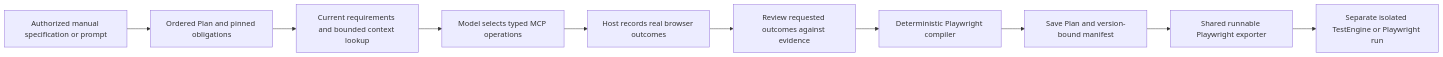
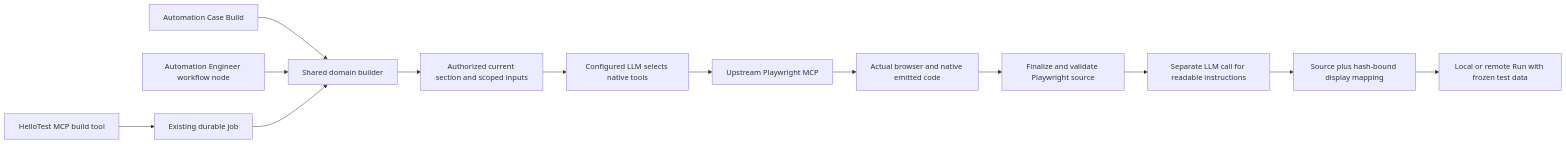
Before and after one commit to peddledigitalspvtltd/hellotest: the diagram in docs/architecture/automation-workflow.md, drawn with Mermaid. The commit also changed other lines of this file and 492 other files, not shown here.

Commit message:
fixed automation engineer agent

````diff
--- a/docs/architecture/automation-workflow.md
+++ b/docs/architecture/automation-workflow.md
@@ -54,12 +48,15 @@
 ```mermaid
 flowchart LR
-  Spec[Authorized manual specification or prompt] --> Plan[Ordered Plan and pinned obligations]
-  Plan --> Context[Current requirements and bounded context lookup]
-  Context --> Actor[Model selects typed MCP operations]
-  Actor --> Ledger[Host records real browser outcomes]
-  Ledger --> Review[Review requested outcomes against evidence]
-  Review --> Compile[Deterministic Playwright compiler]
-  Compile --> Save[Save Plan and version-bound manifest]
-  Save --> Export[Shared runnable Playwright exporter]
-  Export --> Run[Separate isolated TestEngine or Playwright run]
+  Case[Automation Case Build] --> Host[Shared domain builder]
+  Workflow[Automation Engineer workflow node] --> Host
+  HelloMCP[HelloTest MCP build tool] --> Queue[Existing durable job]
+  Queue --> Host
+  Host --> Input[Authorized current section and scoped inputs]
+  Input --> Model[Configured LLM selects native tools]
+  Model --> Upstream[Upstream Playwright MCP]
+  Upstream --> Browser[Actual browser and native emitted code]
+  Browser --> Source[Finalize and validate Playwright source]
+  Source --> Wording[Separate LLM call for readable instructions]
+  Wording --> Saved[Source plus hash-bound display mapping]
+  Saved --> Run[Local or remote Run with frozen test data]
 ```
````
